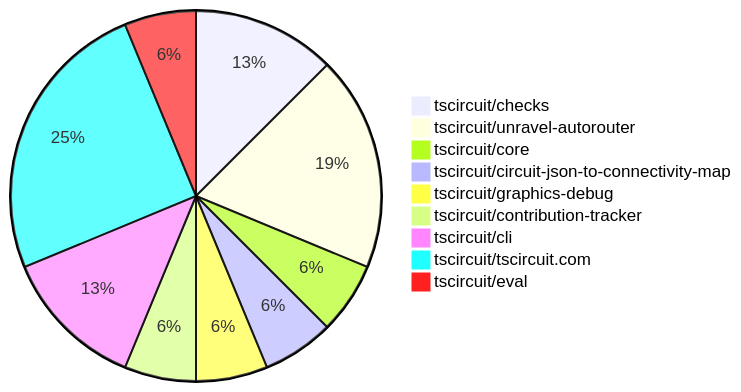
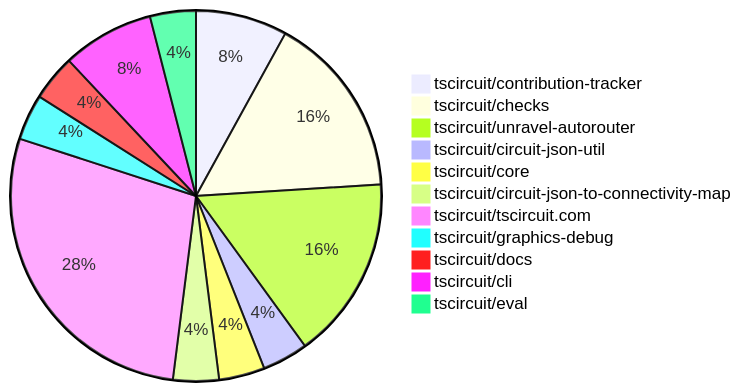
One commit to tscircuit/contribution-tracker changed the diagram in README.md. Above: the diagram before and after it, drawn with Mermaid. The commit also changed other lines of this file and 2 other files, not shown here.

Commit message:
Update contribution overviews

````diff
--- a/README.md
+++ b/README.md
@@ -24,12 +24,14 @@
 ```mermaid
 pie
-    "tscircuit/checks" : 2
-    "tscircuit/unravel-autorouter" : 3
+    "tscircuit/contribution-tracker" : 2
+    "tscircuit/checks" : 4
+    "tscircuit/unravel-autorouter" : 4
+    "tscircuit/circuit-json-util" : 1
     "tscircuit/core" : 1
     "tscircuit/circuit-json-to-connectivity-map" : 1
+    "tscircuit/tscircuit.com" : 7
     "tscircuit/graphics-debug" : 1
-    "tscircuit/contribution-tracker" : 1
+    "tscircuit/docs" : 1
     "tscircuit/cli" : 2
-    "tscircuit/tscircuit.com" : 4
     "tscircuit/eval" : 1
 ```
````
